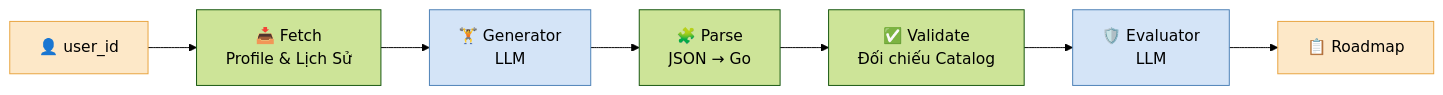
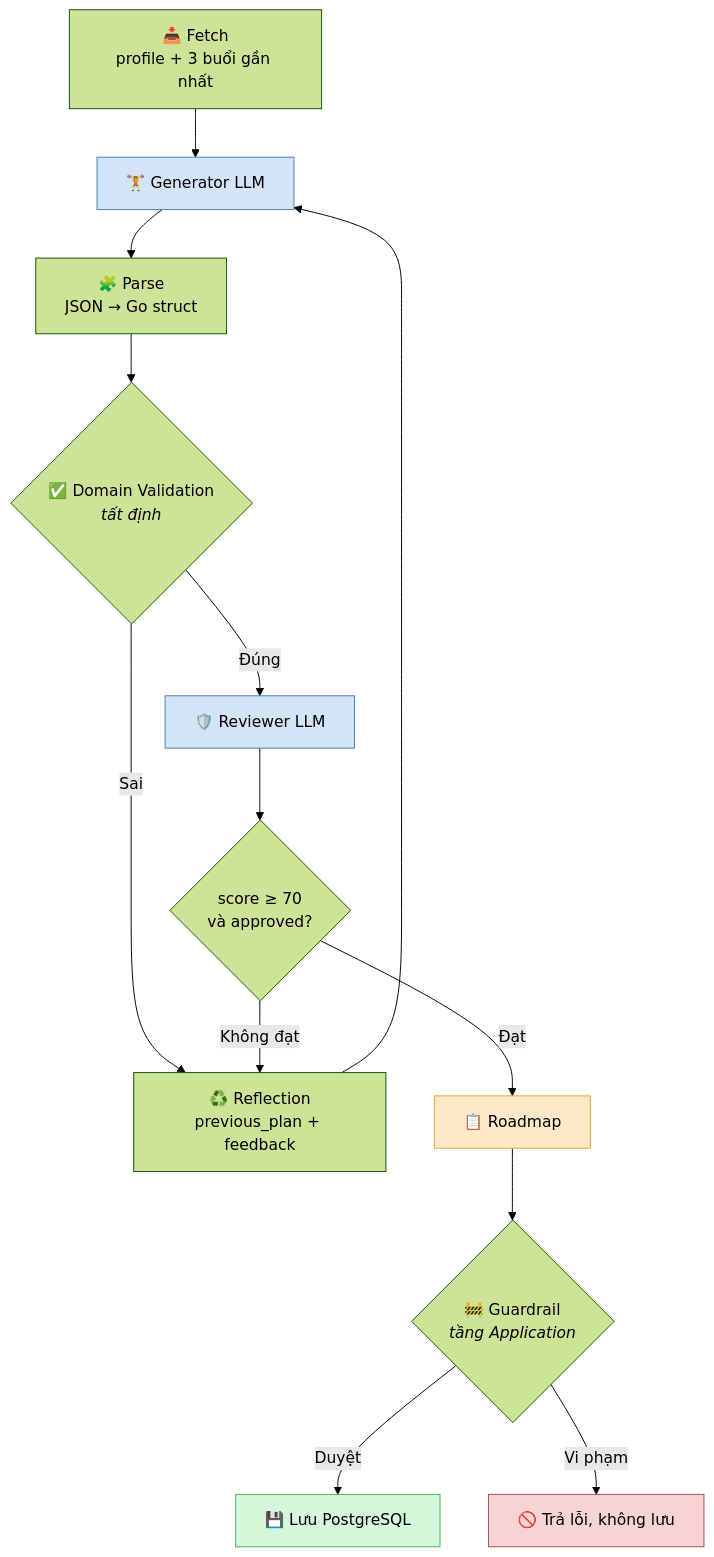
Before and after one commit to viethung213/gym-companion: the diagram in internal/coaching/infrastructure/ai/adk/README.md, drawn with Mermaid (forest theme). The commit also changed other lines of this file and 20 other files, not shown here.

````diff
--- a/internal/coaching/infrastructure/ai/adk/README.md
+++ b/internal/coaching/infrastructure/ai/adk/README.md
@@ -11,14 +18,25 @@
 ```mermaid
-graph LR
-    Input["👤 user_id"] --> Fetch["📥 Fetch<br>Profile & Lịch Sử"]
-    Fetch --> Generator["🏋️ Generator<br>LLM"]
-    Generator --> Parse["🧩 Parse<br>JSON → Go"]
-    Parse --> Validate["✅ Validate<br>Đối chiếu Catalog"]
-    Validate --> Evaluator["🛡️ Evaluator<br>LLM"]
-    Evaluator --> Output["📋 Roadmap"]
+graph TD
+    Fetch["📥 Fetch<br>profile + 3 buổi gần nhất"] --> Gen["🏋️ Generator LLM"]
+    Gen --> Parse["🧩 Parse<br>JSON → Go struct"]
+    Parse --> Domain{"✅ Domain Validation<br><i>tất định</i>"}
 
-    style Input fill:#fde8c8,stroke:#e8a33d
-    style Output fill:#fde8c8,stroke:#e8a33d
-    style Generator fill:#d4e4f7,stroke:#4a7fb5
-    style Evaluator fill:#d4e4f7,stroke:#4a7fb5
+    Domain -->|"Sai"| Reflect
+    Domain -->|"Đúng"| Review["🛡️ Reviewer LLM"]
+
+    Review --> Check{"score ≥ 70<br>và approved?"}
+    Check -->|"Đạt"| Out["📋 Roadmap"]
+    Check -->|"Không đạt"| Reflect["♻️ Reflection<br>previous_plan + feedback"]
+
+    Reflect --> Gen
+
+    Out --> Guard{"🚧 Guardrail<br><i>tầng Application</i>"}
+    Guard -->|"Duyệt"| Save["💾 Lưu PostgreSQL"]
+    Guard -->|"Vi phạm"| Reject["🚫 Trả lỗi, không lưu"]
+
+    style Out fill:#fde8c8,stroke:#e8a33d
+    style Save fill:#d4f7d9,stroke:#4ab55c
+    style Reject fill:#f7d4d4,stroke:#b54a4a
+    style Gen fill:#d4e4f7,stroke:#4a7fb5
+    style Review fill:#d4e4f7,stroke:#4a7fb5
 ```
````
